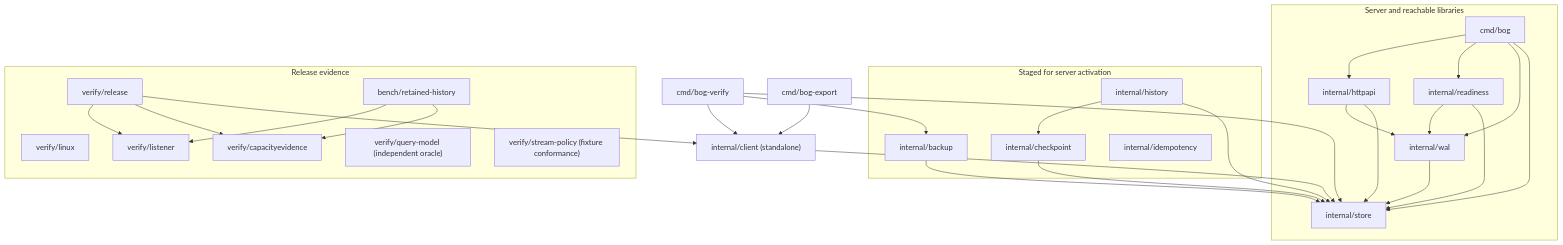
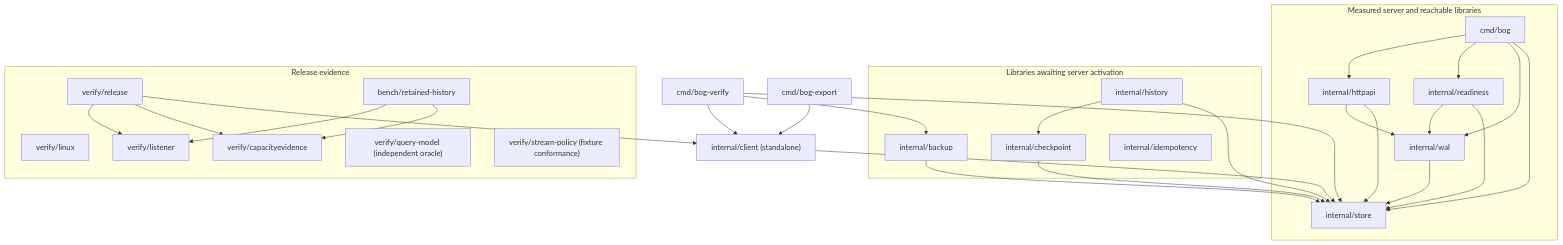
Before and after one commit to tflynn3/bog: the diagram in docs/architecture/SYSTEM.md, drawn with Mermaid. The commit also changed other lines of this file and 3 other files, not shown here.

````diff
--- a/docs/architecture/SYSTEM.md
+++ b/docs/architecture/SYSTEM.md
@@ -34,51 +40,51 @@
 ```mermaid
 flowchart TD
-    subgraph Runtime["Server and reachable libraries"]
+    subgraph Runtime["Measured server and reachable libraries"]
         Cmd["cmd/bog"]
         HTTP["internal/httpapi"]
         Ready["internal/readiness"]
         WAL["internal/wal"]
         Store["internal/store"]
         Cmd --> HTTP
         Cmd --> Ready
         Cmd --> WAL
         Cmd --> Store
         HTTP --> WAL
         HTTP --> Store
         Ready --> WAL
         Ready --> Store
         WAL --> Store
     end
     Operator["cmd/bog-verify"]
     Export["cmd/bog-export"]
-    subgraph Staged["Staged for server activation"]
+    subgraph Staged["Libraries awaiting server activation"]
         Checkpoint["internal/checkpoint"]
         History["internal/history"]
         Backup["internal/backup"]
         Idempotency["internal/idempotency"]
         History --> Checkpoint
     end
     Client["internal/client (standalone)"]
     Checkpoint --> Store
     History --> Store
     Backup --> Store
     Operator --> Backup
     Operator --> Client
     Operator --> Store
     Export --> Client
     Client --> Store
     subgraph Evidence["Release evidence"]
         Admission["verify/release"]
         Durability["verify/linux"]
         Capacity["bench/retained-history"]
         CapacityEvidence["verify/capacityevidence"]
         Listener["verify/listener"]
         Model["verify/query-model (independent oracle)"]
         StreamPolicy["verify/stream-policy (fixture conformance)"]
         Admission --> Listener
         Capacity --> Listener
         Admission --> CapacityEvidence
         Capacity --> CapacityEvidence
     end
     Admission --> Client
 ```
````
